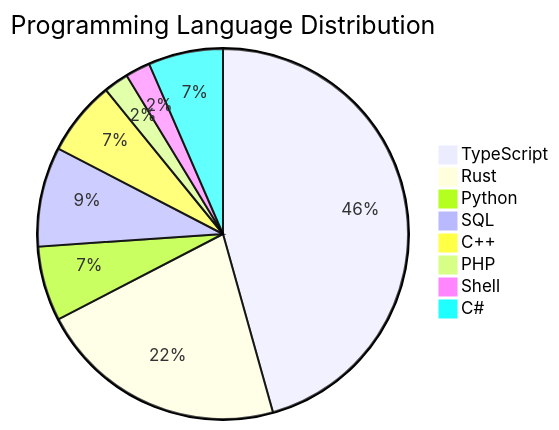
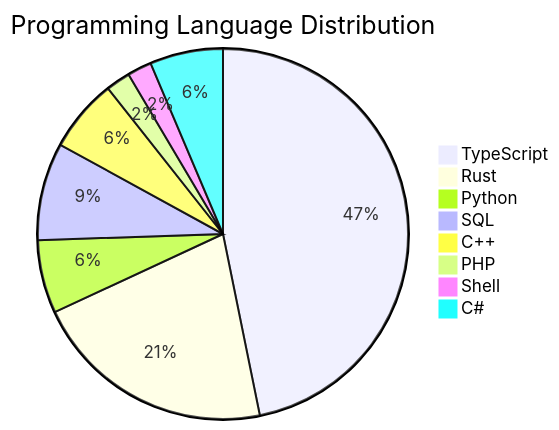
Before and after one commit to ernivani/leetcode-solutions: the second of 2 diagrams in JOURNAL.md, drawn with Mermaid. The commit also changed other lines of this file and 2 other files, not shown here.

Commit message:
Add entry for problem 40: Combination Sum II in JOURNAL.md and README.md, including TypeScript solution. Update problem difficulty and programming language distribution statistics accordingly.

````diff
--- a/JOURNAL.md
+++ b/JOURNAL.md
@@ -65,11 +66,11 @@
 ```mermaid
 pie title Programming Language Distribution
-    "TypeScript" : 21
+    "TypeScript" : 22
     "Rust" : 10
     "Python" : 3
     "SQL" : 4
     "C++" : 3
     "PHP" : 1
     "Shell" : 1
     "C#" : 3
 ```
````
